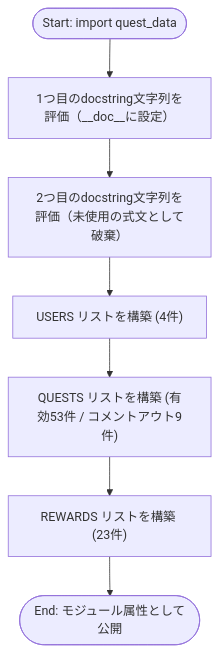
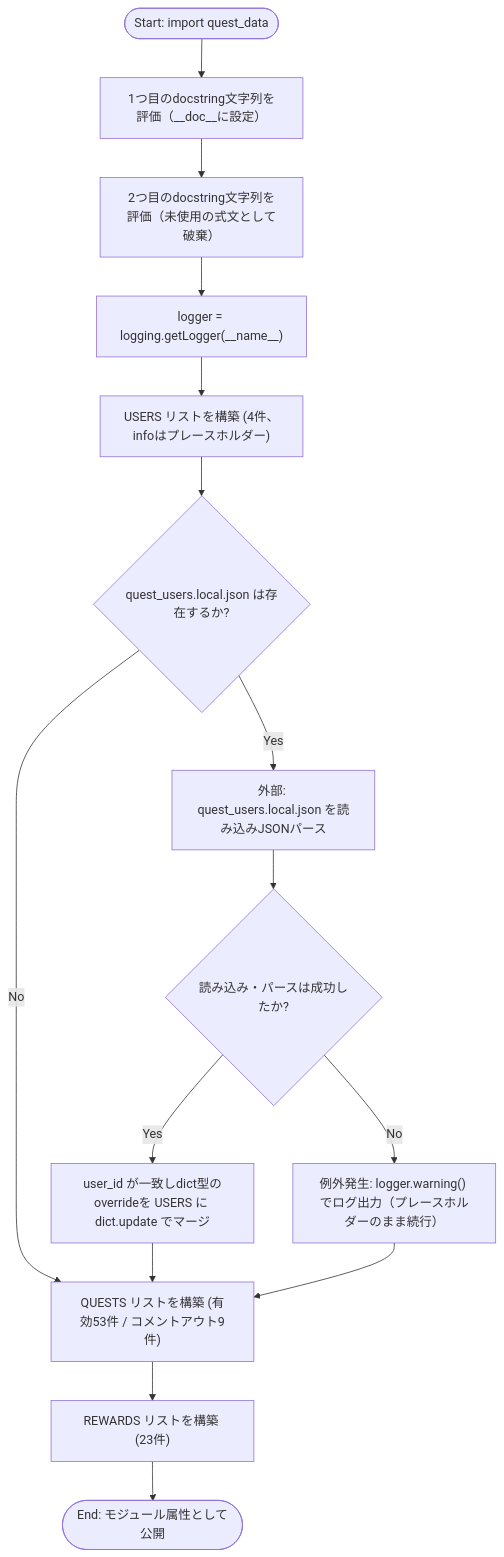
Before and after one commit to mmtigers/my_python_project: the first of 2 diagrams in docs/specifications/MY_HOME_SYSTEM/quest_data.md, drawn with Mermaid. The commit also changed other lines of this file and 10 other files, not shown here.

````diff
--- a/docs/specifications/MY_HOME_SYSTEM/quest_data.md
+++ b/docs/specifications/MY_HOME_SYSTEM/quest_data.md
@@ -139,9 +191,17 @@
 ```mermaid
 flowchart TD
     Start(["Start: import quest_data"]) --> Doc1["1つ目のdocstring文字列を評価（__doc__に設定）"]
     Doc1 --> Doc2["2つ目のdocstring文字列を評価（未使用の式文として破棄）"]
-    Doc2 --> BuildUsers["USERS リストを構築 (4件)"]
-    BuildUsers --> BuildQuests["QUESTS リストを構築 (有効53件 / コメントアウト9件)"]
+    Doc2 --> InitLogger["logger = logging.getLogger(__name__)"]
+    InitLogger --> BuildUsers["USERS リストを構築 (4件、infoはプレースホルダー)"]
+    BuildUsers --> CheckLocal{"quest_users.local.json は存在するか?"}
+    CheckLocal -- No --> BuildQuests["QUESTS リストを構築 (有効53件 / コメントアウト9件)"]
+    CheckLocal -- Yes --> LoadLocal["外部: quest_users.local.json を読み込みJSONパース"]
+    LoadLocal --> MergeCheck{"読み込み・パースは成功したか?"}
+    MergeCheck -- Yes --> MergeUsers["user_id が一致しdict型のoverrideを USERS に dict.update でマージ"]
+    MergeCheck -- No --> LogWarn["例外発生: logger.warning() でログ出力（プレースホルダーのまま続行）"]
+    MergeUsers --> BuildQuests
+    LogWarn --> BuildQuests
     BuildQuests --> BuildRewards["REWARDS リストを構築 (23件)"]
     BuildRewards --> End(["End: モジュール属性として公開"])
 ```
````
